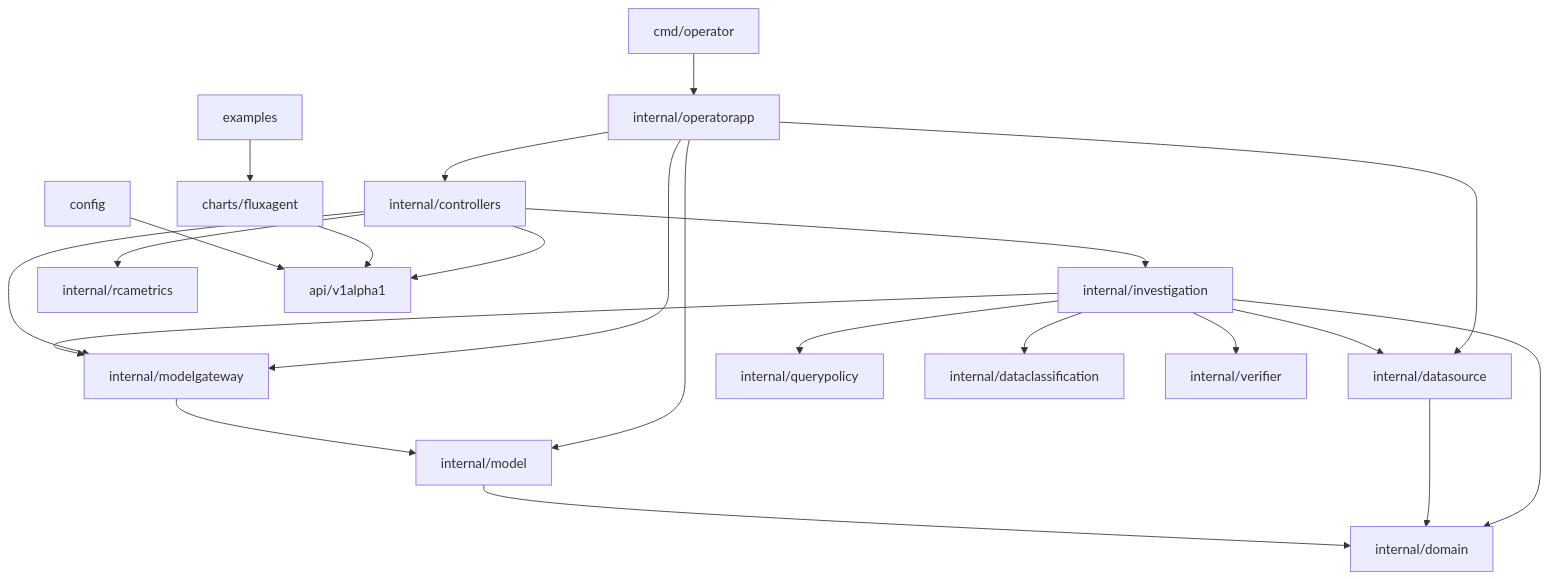
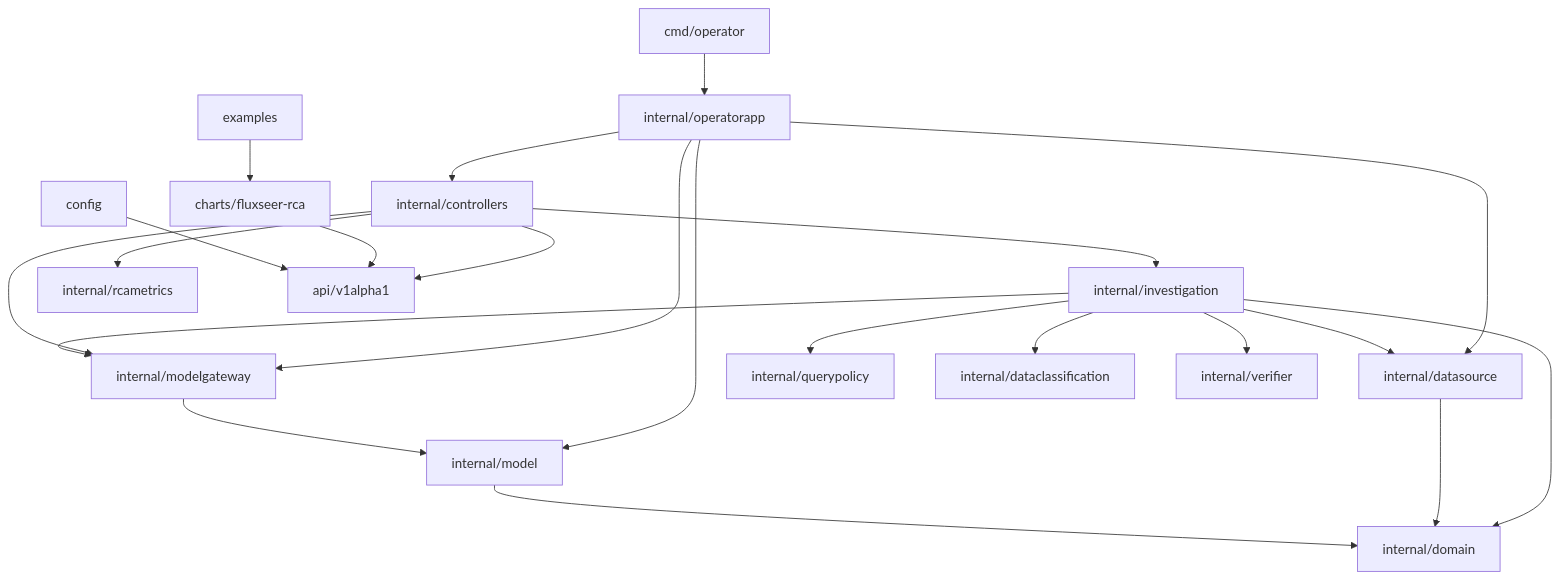
One commit to FluxSeer/fluxseer-rca changed diagram 18 of 18 in docs/architecture/mermaid-diagrams.md. Above: the diagram before and after it, drawn with Mermaid. The commit also changed other lines of this file and 50 other files, not shown here.

````diff
--- a/docs/architecture/mermaid-diagrams.md
+++ b/docs/architecture/mermaid-diagrams.md
@@ -896,41 +896,41 @@
 ```mermaid
 flowchart TB
     Cmd[cmd/operator]
     App[internal/operatorapp]
     Controllers[internal/controllers]
     Investigation[internal/investigation]
     Datasource[internal/datasource]
     Model[internal/model]
     Gateway[internal/modelgateway]
     Domain[internal/domain]
     QueryPolicy[internal/querypolicy]
     DataClass[internal/dataclassification]
     Verifier[internal/verifier]
     Metrics[internal/rcametrics]
     API[api/v1alpha1]
-    Helm[charts/fluxagent]
+    Helm[charts/fluxseer-rca]
     Config[config]
     Examples[examples]
 
     Cmd --> App
     App --> Controllers
     App --> Datasource
     App --> Model
     App --> Gateway
     Controllers --> API
     Controllers --> Investigation
     Controllers --> Gateway
     Controllers --> Metrics
     Investigation --> Domain
     Investigation --> Datasource
     Investigation --> QueryPolicy
     Investigation --> DataClass
     Investigation --> Gateway
     Investigation --> Verifier
     Datasource --> Domain
     Model --> Domain
     Gateway --> Model
     Helm --> API
     Config --> API
     Examples --> Helm
 ```
````
